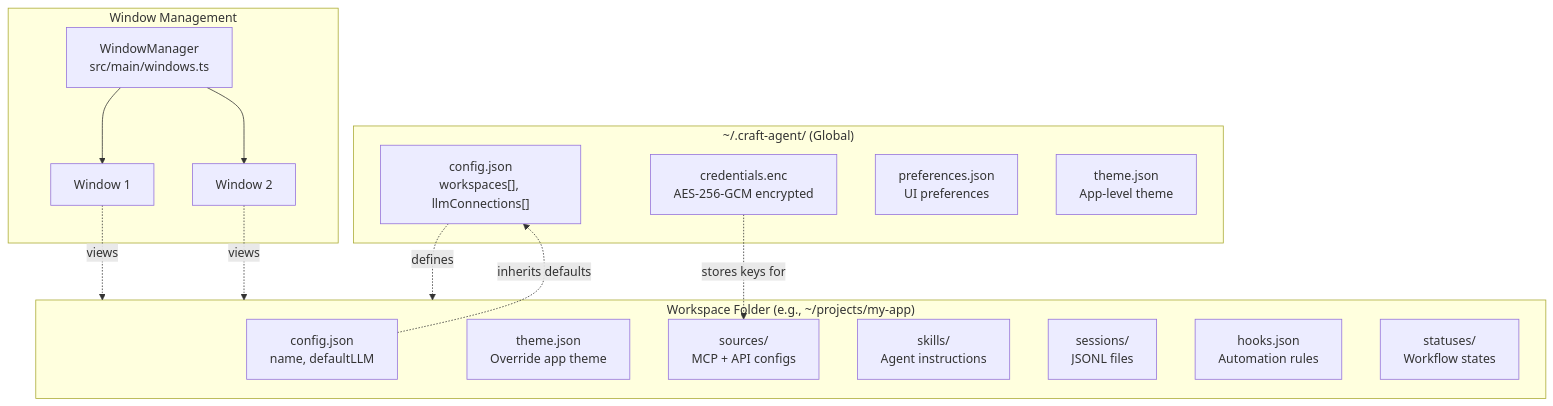
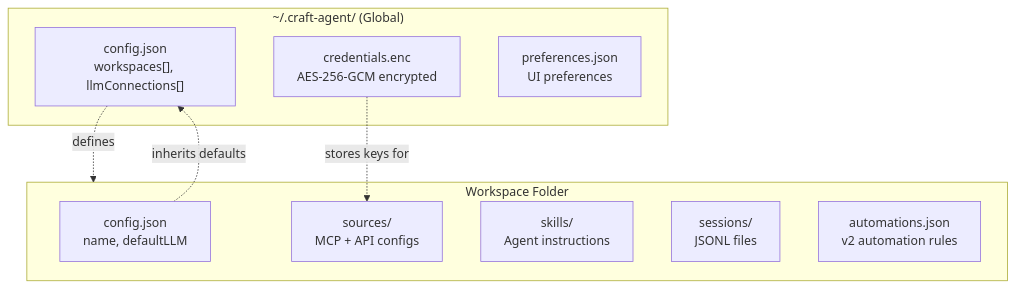
Before and after one commit to blackcater/zentree: the fourth of 4 diagrams in docs/lukilabs_craft-agents-oss/architecture/index.md, drawn with Mermaid. The commit also changed other lines of this file and 232 other files, not shown here.

````diff
--- a/docs/lukilabs_craft-agents-oss/architecture/index.md
+++ b/docs/lukilabs_craft-agents-oss/architecture/index.md
@@ -386,35 +297,20 @@
 ```mermaid
 graph TB
     subgraph GlobalConfig["~/.craft-agent/ (Global)"]
         ConfigJson["config.json<br/>workspaces[], llmConnections[]"]
         CredsEnc["credentials.enc<br/>AES-256-GCM encrypted"]
         PrefsJson["preferences.json<br/>UI preferences"]
-        ThemeJson["theme.json<br/>App-level theme"]
     end
-
-    subgraph Workspace1["Workspace Folder (e.g., ~/projects/my-app)"]
+    
+    subgraph Workspace1["Workspace Folder"]
         WS1Config["config.json<br/>name, defaultLLM"]
-        WS1Theme["theme.json<br/>Override app theme"]
         WS1Sources["sources/<br/>MCP + API configs"]
         WS1Skills["skills/<br/>Agent instructions"]
         WS1Sessions["sessions/<br/>JSONL files"]
-        WS1Hooks["hooks.json<br/>Automation rules"]
-        WS1Statuses["statuses/<br/>Workflow states"]
+        WS1Hooks["automations.json<br/>v2 automation rules"]
     end
-
-    subgraph WindowMgmt["Window Management"]
-        WinMgr["WindowManager<br/>src/main/windows.ts"]
-        Win1["Window 1"]
-        Win2["Window 2"]
-    end
-
+    
     ConfigJson -.defines.-> Workspace1
     WS1Config -.inherits defaults.-> ConfigJson
-
     CredsEnc -.stores keys for.-> WS1Sources
-
-    WinMgr --> Win1
-    WinMgr --> Win2
-    Win1 -.views.-> Workspace1
-    Win2 -.views.-> Workspace1
 ```
````
